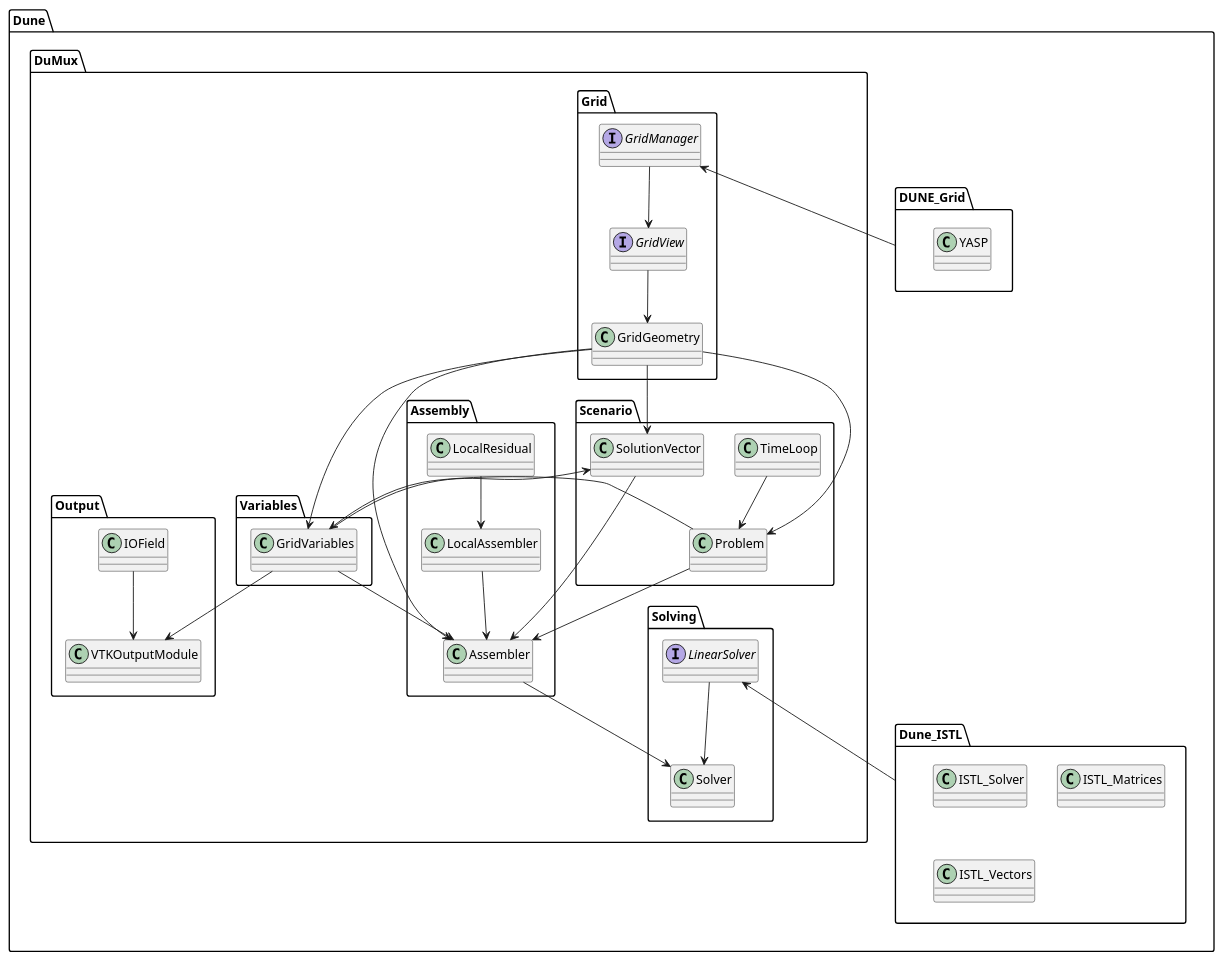
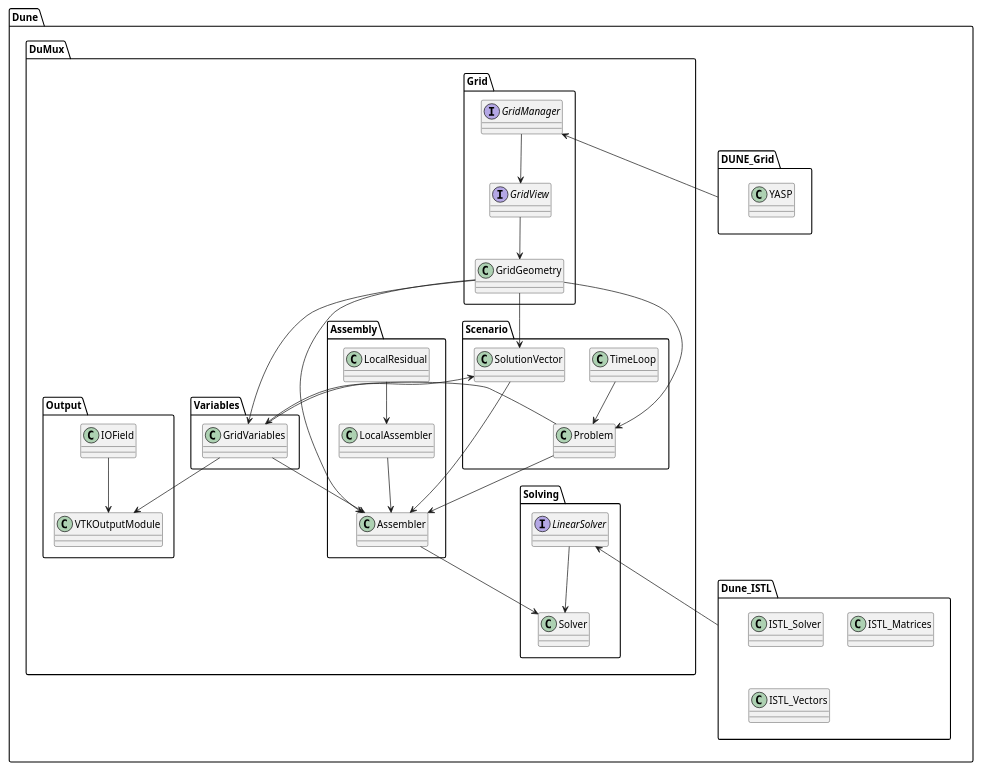
One commit to dumux/dumux changed the diagram in doc/doxygen/pages/HLDD.md. Above: the diagram before and after it, drawn with PlantUML. The commit also changed other lines of this file and 3 other files, not shown here.

Commit message:
PlantUML works with absolute path. Removed parts of HLDD and connected getting started to HLDD.

````diff
--- a/doc/doxygen/pages/HLDD.md
+++ b/doc/doxygen/pages/HLDD.md
@@ -90,71 +9,64 @@
-```plantuml
+@startuml
+scale 0.8
 top to bottom direction
 package "Dune" {
-    package "Dune_ISTL"{
+package "Dune_ISTL"{
 class ISTL_Solver
 class ISTL_Matrices
 class ISTL_Vectors
 }
-    package DUNE_Grid{
+package DUNE_Grid{
 class YASP
 }
 
 package "DuMux" {
-    package "Grid" {
-       interface GridManager{}
-       interface GridView{}
-       class GridGeometry{}
-
+package "Grid" {
+interface GridManager{}
+interface GridView{}
+class GridGeometry{}
     }
     package "Variables" {
        class GridVariables{}
-        
     }
     package "Scenario" {
         class Problem{}
         class TimeLoop{}
         class SolutionVector{}
     }
     package "Assembly" {
         class Assembler{}
         class LocalAssembler{}
         class LocalResidual{}
-        
     }
     package "Solving" {
         class Solver{}
         interface LinearSolver{}
     }
     package "Output" {
         class IOField{}
         class VTKOutputModule
-
     }
 }
-
-
-
 }
-
 LinearSolver <-- "Dune_ISTL"
 GridManager <-- "DUNE_Grid"
 GridManager --> GridView
 GridView --> GridGeometry
 GridGeometry --> Problem
 GridGeometry --> GridVariables
 GridGeometry --> Assembler
 GridGeometry --> SolutionVector
 TimeLoop --> Problem
-LinearSolver --> Solver 
+LinearSolver --> Solver
 LocalResidual --> LocalAssembler
 LocalAssembler --> Assembler
 GridVariables --> VTKOutputModule
 GridVariables --> SolutionVector
 IOField --> VTKOutputModule
 Assembler --> Solver
 SolutionVector --> Assembler
 Problem --> GridVariables
 Problem --> Assembler
 GridVariables --> Assembler
 }
-```
+@enduml
````
